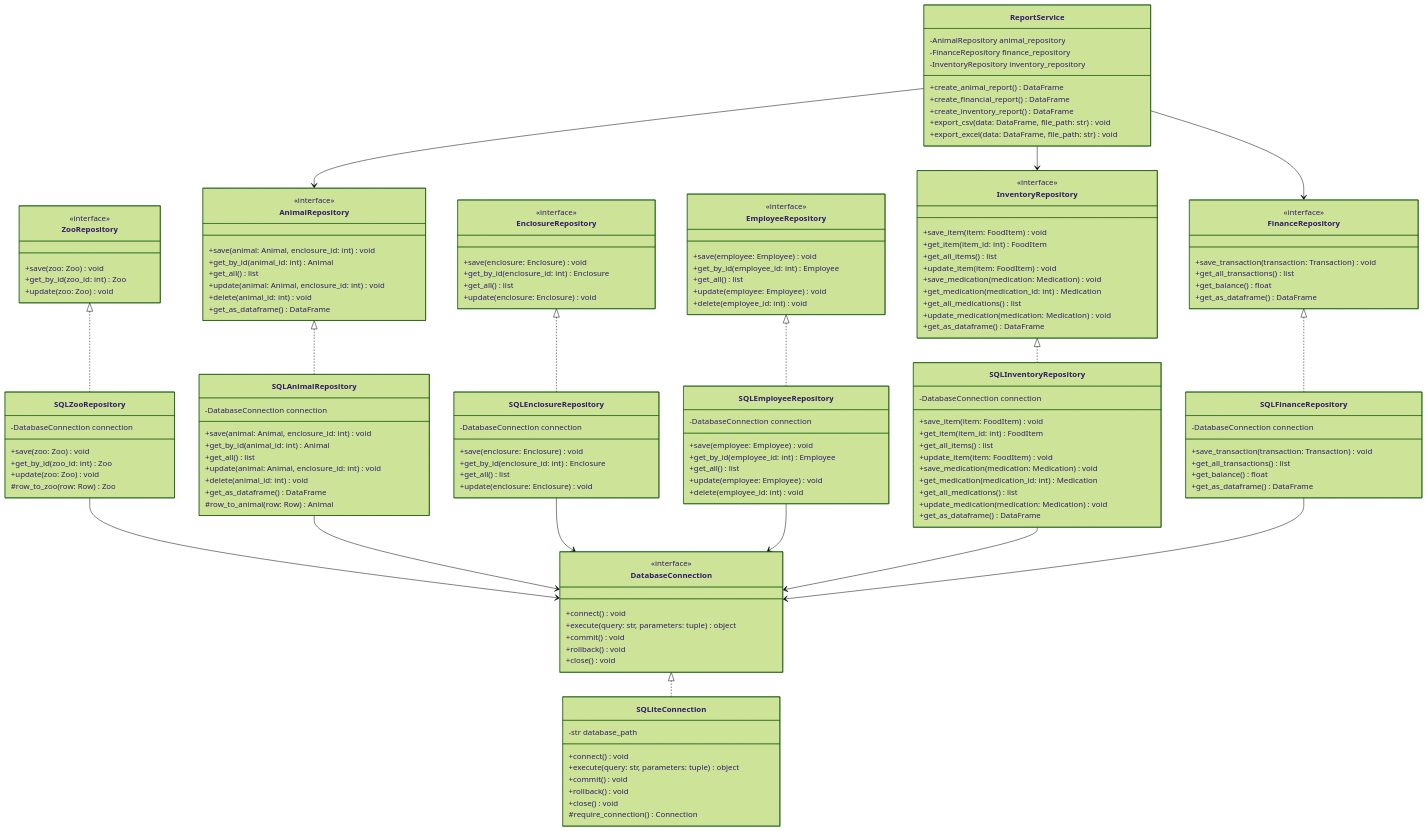
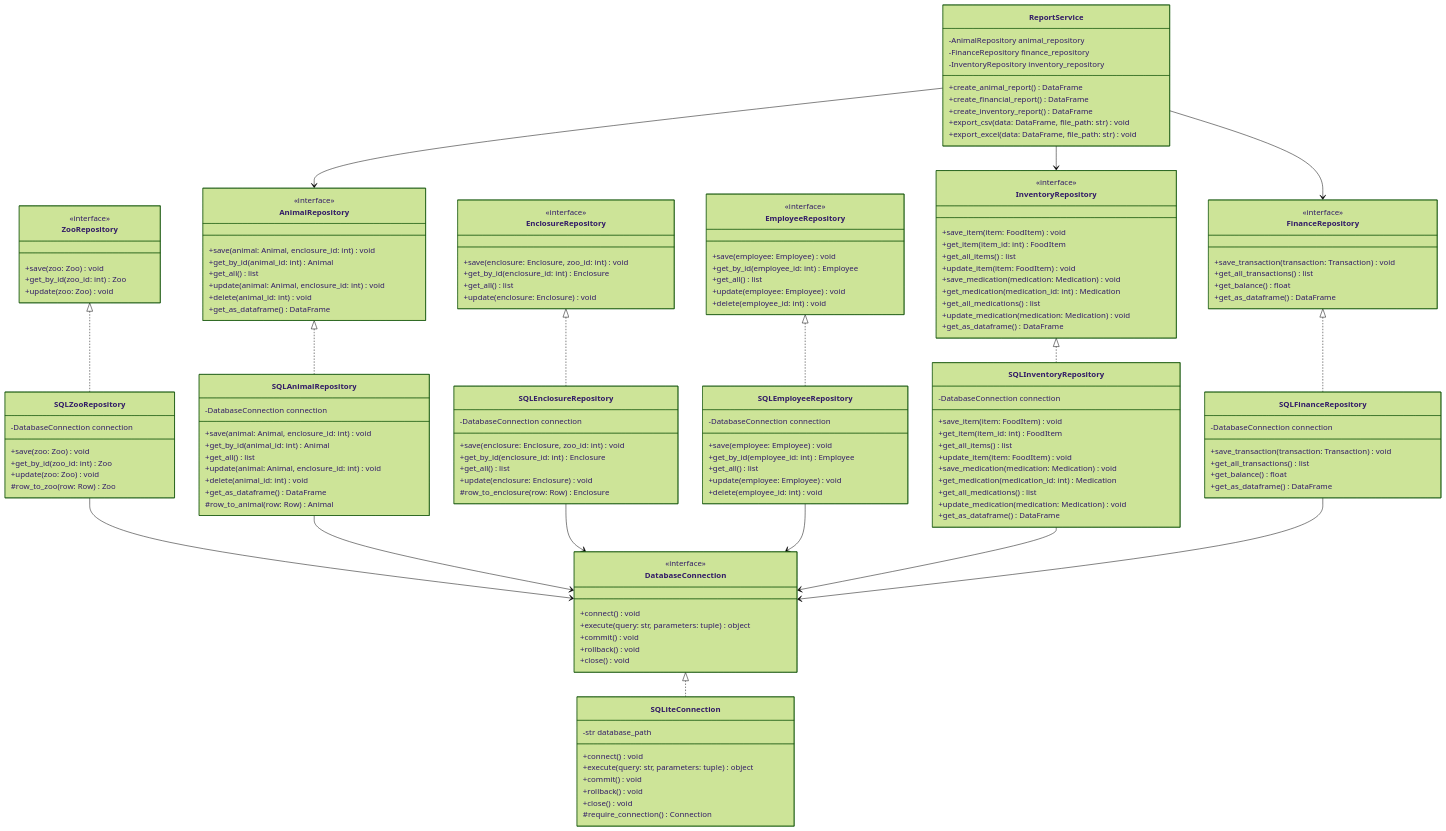
One commit to Darnell-Beganovic/zms-BBS changed the diagram in zoo_simulation/docs/planning_db_kaiss.md. Above: the diagram before and after it, drawn with Mermaid (forest theme). The commit also changed other lines of this file and 1 other file, not shown here.

Commit message:
docs(planning): add zoo_id param and row_to_enclosure to EnclosureRepository
Same reasoning as the earlier Animal/enclosure_id fix: Enclosure carries no
zoo_id attribute in the class diagram, so save() takes it as a separate
parameter. Also documents the SQLEnclosureRepository#row_to_enclosure
helper, consistent with the other SQL*Repository classes.

```diff
--- a/zoo_simulation/docs/planning_db_kaiss.md
+++ b/zoo_simulation/docs/planning_db_kaiss.md
@@ -78,7 +78,7 @@
 
     class EnclosureRepository {
         <<interface>>
-        +save(enclosure: Enclosure) void
+        +save(enclosure: Enclosure, zoo_id: int) void
         +get_by_id(enclosure_id: int) Enclosure
         +get_all() list
         +update(enclosure: Enclosure) void
@@ -135,10 +135,11 @@
 
     class SQLEnclosureRepository {
         -DatabaseConnection connection
-        +save(enclosure: Enclosure) void
+        +save(enclosure: Enclosure, zoo_id: int) void
         +get_by_id(enclosure_id: int) Enclosure
         +get_all() list
         +update(enclosure: Enclosure) void
+        #row_to_enclosure(row: Row) Enclosure
     }
 
     class SQLEmployeeRepository {
```
